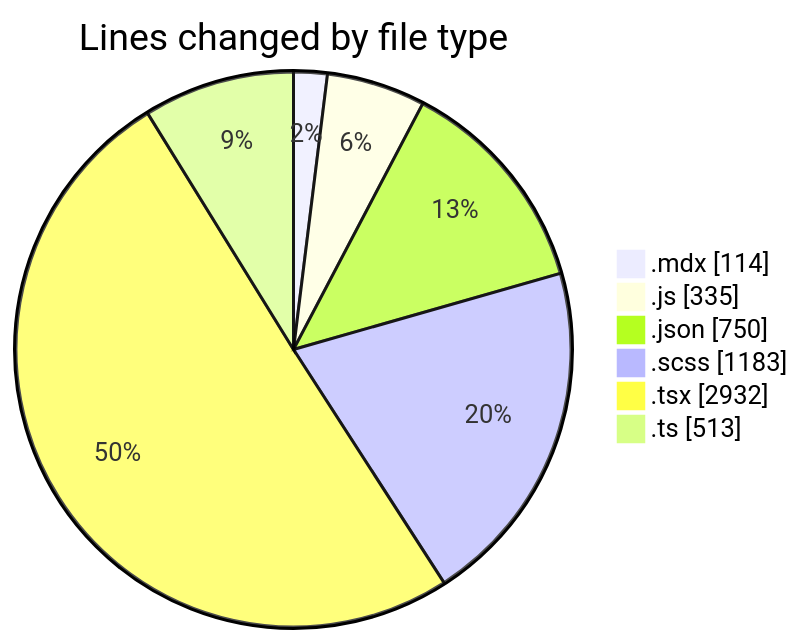
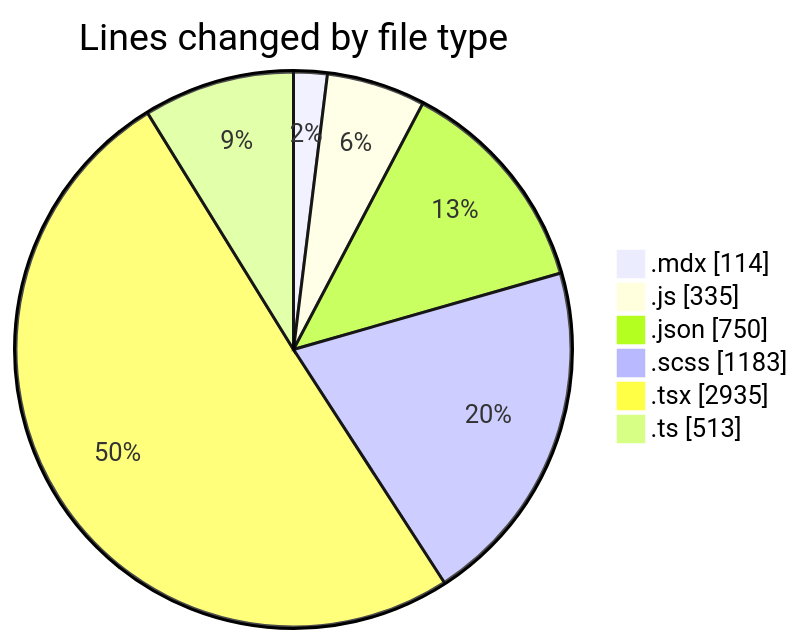
Before and after one commit to momahboobian/code-tracking: the first of 2 diagrams in 2026-08-13/cda/README.md, drawn with Mermaid. The commit also changed other lines of this file and 1 other file, not shown here.

````diff
--- a/2026-08-13/cda/README.md
+++ b/2026-08-13/cda/README.md
@@ -46,10 +46,10 @@
 ```mermaid
 pie showData
 title Lines changed by file type
 ".mdx" : 114
 ".js" : 335
 ".json" : 750
 ".scss" : 1183
-".tsx" : 2932
+".tsx" : 2935
 ".ts" : 513
 ```
````
